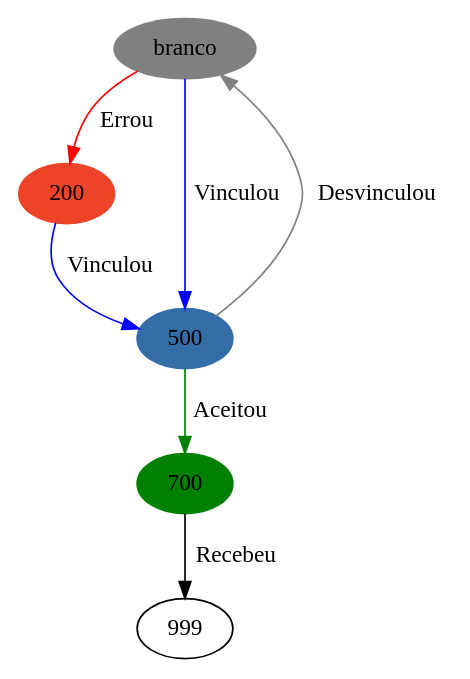
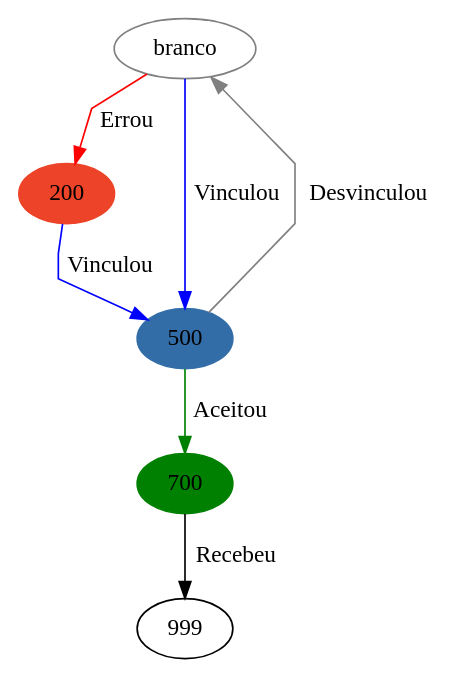
The diagram in Fluxo Status XML.gv (GiovaniPM/Graphs), drawn with Graphviz before and after one commit.

Commit message:
Giovani_Mesquita(RBST10164) 200114170602

```diff
--- a/Fluxo Status XML.gv
+++ b/Fluxo Status XML.gv
@@ -1,13 +1,14 @@
 digraph {
-    branco [style = filled color=gray];
+    splines=polyline;
+    branco [color=gray];
     200 [style = filled color="#ed4328"];
     500 [style = filled color="#326da8"];
     700 [style = filled color=green];
     999;   
     branco -> 500 [color=blue label="Vinculou"];
     branco -> 200 [color=red label="Errou"];
     200 -> 500 [color=blue label="Vinculou"];
     500 -> branco [color=gray label="Desvinculou"];
     500 -> 700 [color=green label="Aceitou"];
     700 -> 999 [label="Recebeu"];
 }
```
